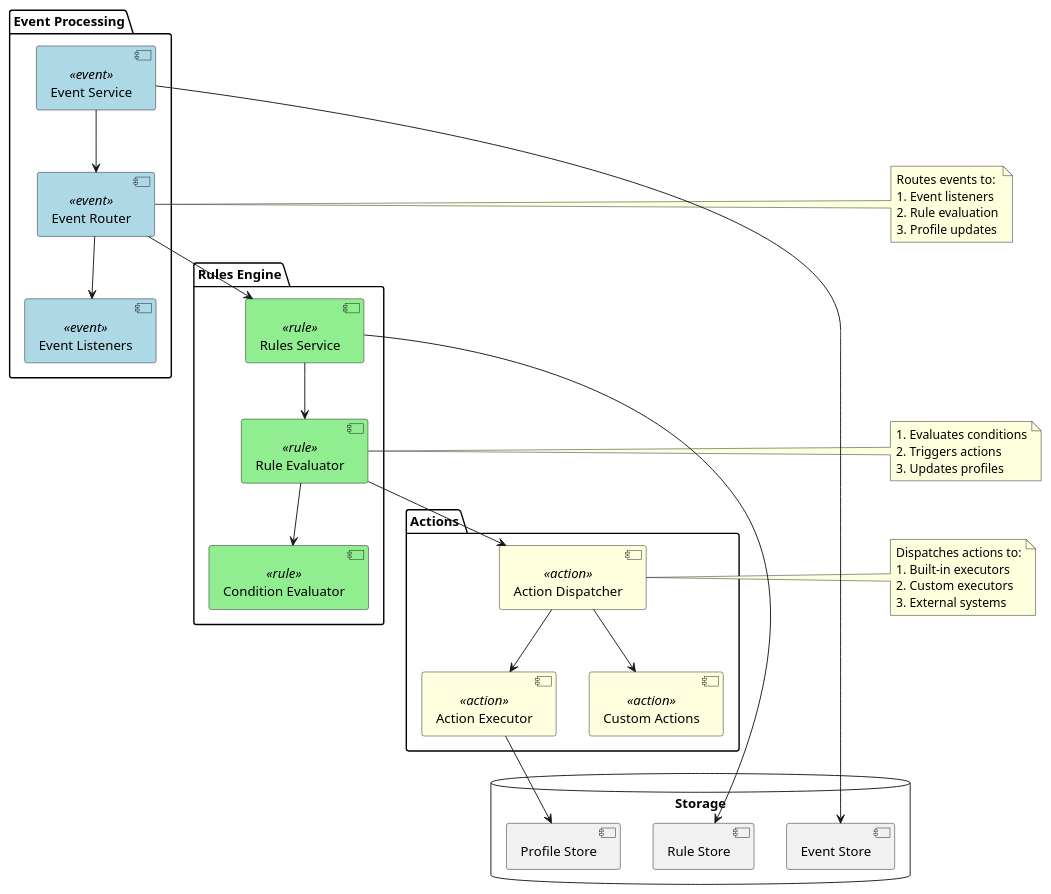
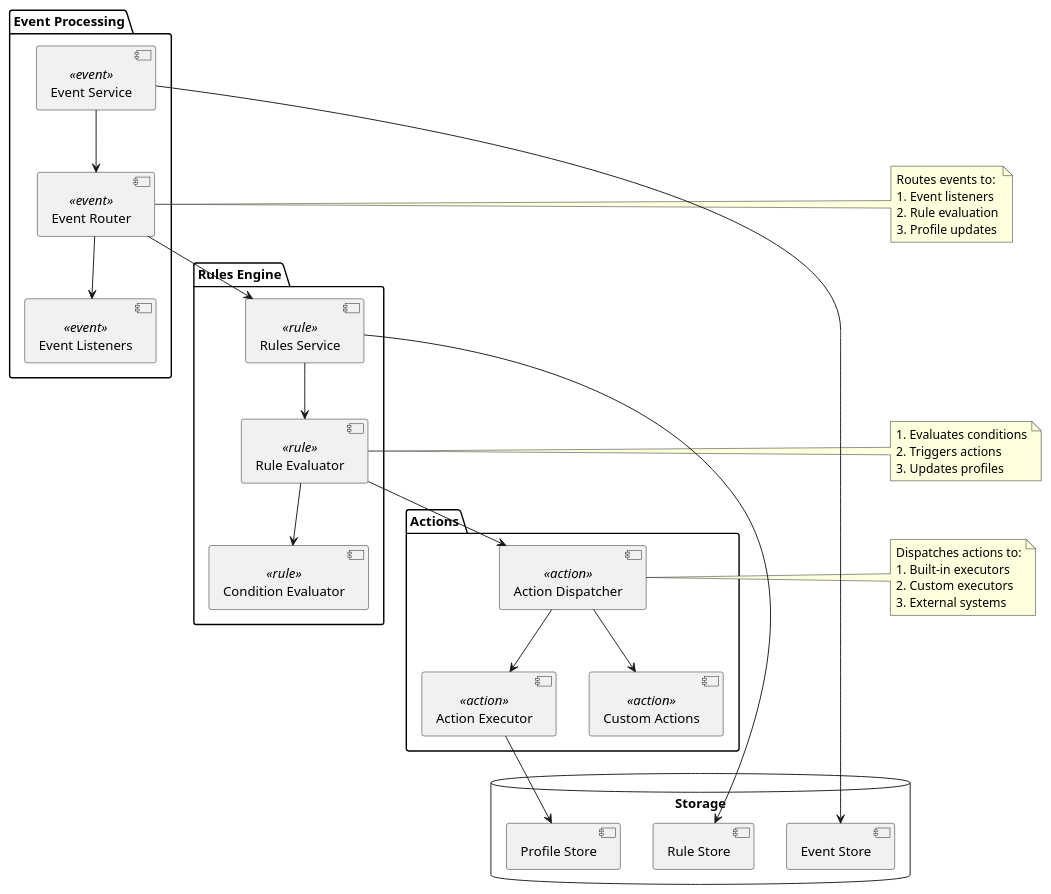
Before and after one commit to apache/unomi: the diagram in manual/src/main/asciidoc/event-processing.adoc, drawn with PlantUML. The commit also changed 16 other files, not shown here.

First line of the commit message:
docs: brand PlantUML diagrams with Unomi theme colors

```diff
--- a/manual/src/main/asciidoc/event-processing.adoc
+++ b/manual/src/main/asciidoc/event-processing.adoc
@@ -16,71 +16,66 @@
 [plantuml]
 ----
 @startuml
 skinparam componentStyle uml2
-skinparam component {
-  BackgroundColor<<event>> LightBlue
-  BackgroundColor<<rule>> LightGreen
-  BackgroundColor<<action>> LightYellow
-}
 
 package "Event Processing" {
   [Event Service] <<event>>
   [Event Listeners] <<event>>
   [Event Router] <<event>>
 }
 
 package "Rules Engine" {
   [Rules Service] <<rule>>
   [Rule Evaluator] <<rule>>
   [Condition Evaluator] <<rule>>
 }
 
 package "Actions" {
   [Action Executor] <<action>>
   [Action Dispatcher] <<action>>
   [Custom Actions] <<action>>
 }
 
 database "Storage" {
   [Event Store]
   [Rule Store]
   [Profile Store]
 }
 
 [Event Service] --> [Event Router]
 [Event Router] --> [Event Listeners]
 [Event Router] --> [Rules Service]
 
 [Rules Service] --> [Rule Evaluator]
 [Rule Evaluator] --> [Condition Evaluator]
 [Rule Evaluator] --> [Action Dispatcher]
 
 [Action Dispatcher] --> [Action Executor]
 [Action Dispatcher] --> [Custom Actions]
 
 [Event Service] --> [Event Store]
 [Rules Service] --> [Rule Store]
 [Action Executor] --> [Profile Store]
 
 note right of [Event Router]
   Routes events to:
   1. Event listeners
   2. Rule evaluation
   3. Profile updates
 end note
 
 note right of [Rule Evaluator]
   1. Evaluates conditions
   2. Triggers actions
   3. Updates profiles
 end note
 
 note right of [Action Dispatcher]
   Dispatches actions to:
   1. Built-in executors
   2. Custom executors
   3. External systems
 end note
 
 @enduml
 ----
```
